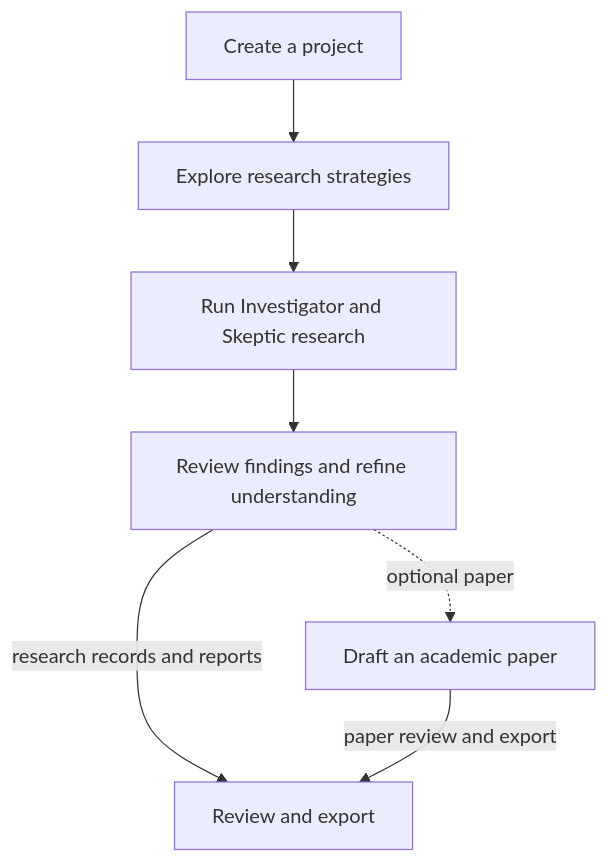
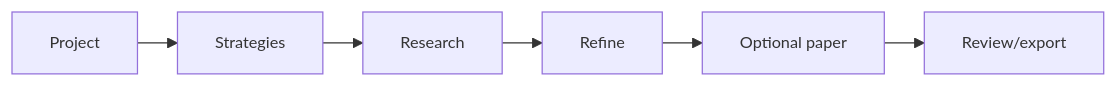
One commit to bkramerext/sigma changed the diagram in README.md. Above: the diagram before and after it, drawn with Mermaid. The commit also changed other lines of this file and 13 other files, not shown here.

````diff
--- a/README.md
+++ b/README.md
@@ -17,9 +19,5 @@
 ```mermaid
-flowchart TD
-    A[Create a project] --> B[Explore research strategies]
-    B --> C[Run Investigator and Skeptic research]
-    C --> D[Review findings and refine understanding]
-    D -->|research records and reports| F[Review and export]
-    D -. optional paper .-> E[Draft an academic paper]
-    E -->|paper review and export| F
+%%{init: {"flowchart": {"useMaxWidth": false, "nodeSpacing": 12, "rankSpacing": 32}, "themeVariables": {"fontSize": "13px"}}}%%
+flowchart LR
+    A[Project] --> B[Strategies] --> C[Research] --> D[Refine] --> E[Optional paper] --> F[Review/export]
 ```
````
